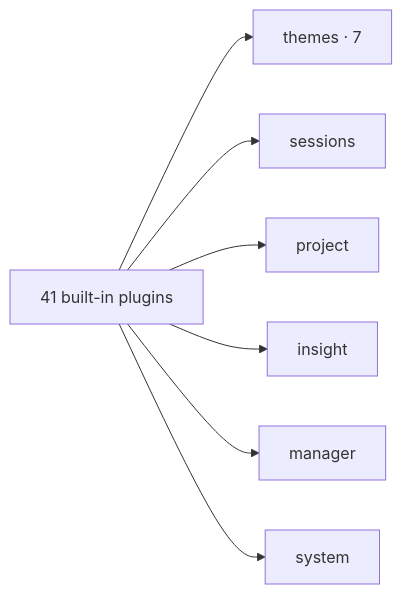
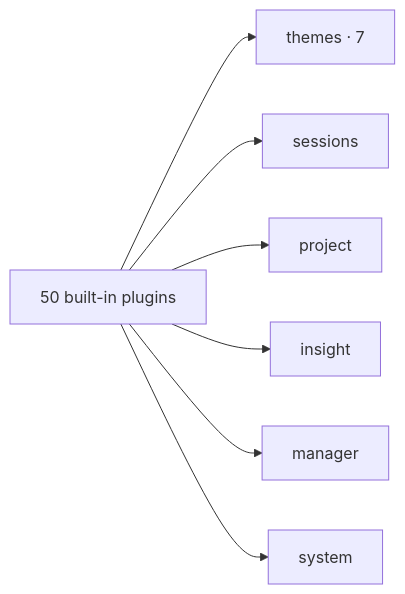
The fifth of 5 diagrams in README.md (GOODDAYDAY/my-harness-desktop), drawn with Mermaid before and after one commit. The commit also changed other lines of this file and 60 other files, not shown here.

````diff
--- a/README.md
+++ b/README.md
@@ -266,9 +266,9 @@
 ```mermaid
 flowchart LR
-    R[41 built-in plugins] --> T[themes · 7]
+    R[50 built-in plugins] --> T[themes · 7]
     R --> S[sessions]
     R --> P[project]
     R --> I[insight]
     R --> M[manager]
     R --> Y[system]
 ```
````
